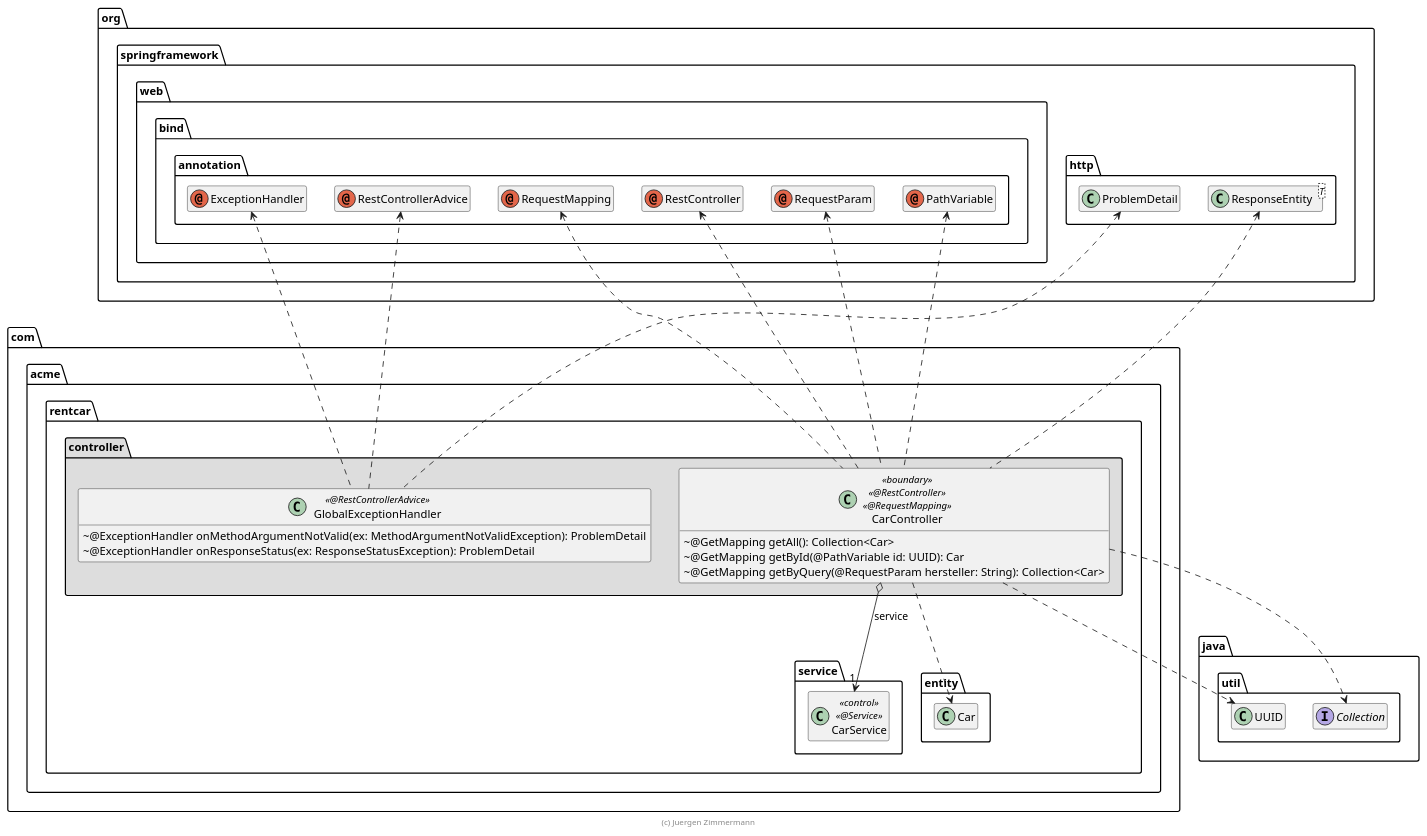
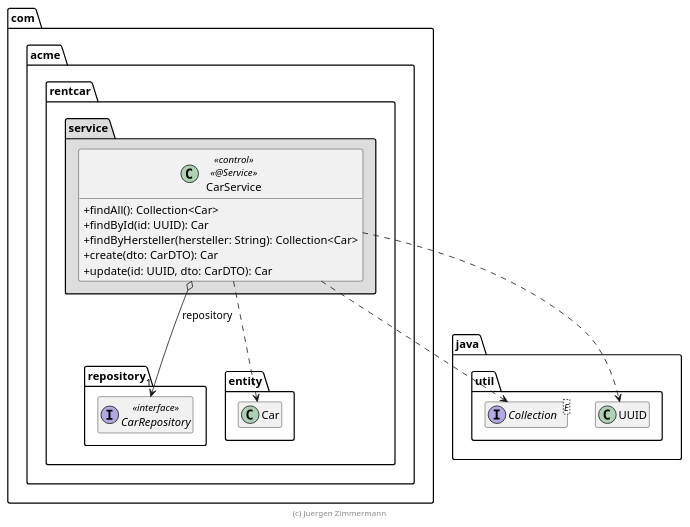
Before and after one commit to lfsrrr/rentcar: the diagram in extras/doc/CarController.plantuml, drawn with PlantUML. The commit also changed other lines of this file and 11 other files, not shown here.

```diff
--- a/extras/doc/CarController.plantuml
+++ b/extras/doc/CarController.plantuml
@@ -15,75 +2,39 @@
-@startuml CarController
+@startuml CarService
 
 skinparam classAttributeIconSize 0
 
-package org.springframework {
-    package web.bind.annotation {
-        annotation RestController
-        annotation RequestMapping
-        annotation PathVariable
-        annotation RequestParam
-        annotation ExceptionHandler
-        annotation RestControllerAdvice
-    }
-
-    package http {
-        class ResponseEntity<T>
-        class ProblemDetail
-    }
-}
-
 package java.util {
-    interface Collection
+    interface Collection<E>
     class UUID
 }
 
 package com.acme.rentcar {
+    package repository {
+        interface CarRepository << interface >>
+    }
+
+    package service #DDDDDD {
+        class CarService << control >> << @Service >> {
+            + findAll(): Collection<Car>
+            + findById(id: UUID): Car
+            + findByHersteller(hersteller: String): Collection<Car>
+            + create(dto: CarDTO): Car
+            + update(id: UUID, dto: CarDTO): Car
+        }
+    }
+
     package entity {
         class Car
     }
-    package service {
-        class CarService << control >> << @Service >>
 
-        ' Abhängigkeit vom Service zur Entity (nur visuell)
-        CarService .right[hidden].> Car
-    }
-
-    package controller #DDDDDD {
-        class CarController << boundary >> << @RestController >> << @RequestMapping >> {
-            ~ @GetMapping getAll(): Collection<Car>
-            ~ @GetMapping getById(@PathVariable id: UUID): Car
-            ~ @GetMapping getByQuery(@RequestParam hersteller: String): Collection<Car>
-        }
-
-        class GlobalExceptionHandler << @RestControllerAdvice >> {
-            ~ @ExceptionHandler onMethodArgumentNotValid(ex: MethodArgumentNotValidException): ProblemDetail
-            ~ @ExceptionHandler onResponseStatus(ex: ResponseStatusException): ProblemDetail
-        }
-
-        ' Beziehungen
-        CarController o--> "1" CarService : service
-
-        ' Abhängigkeiten (Stereotypes/Annotationen)
-        CarController .up.> RestController
-        CarController .up.> RequestMapping
-        CarController .up.> PathVariable
-        CarController .up.> RequestParam
-        CarController .up.> ResponseEntity
-
-        ' Abhängigkeiten zu Datentypen
-        CarController .down.> Car
-        CarController .right.> UUID
-        CarController ..> Collection
-
-        ' Exception Handler Abhängigkeiten
-        GlobalExceptionHandler .up.> RestControllerAdvice
-        GlobalExceptionHandler .up.> ExceptionHandler
-        GlobalExceptionHandler .up.> ProblemDetail
-    }
+    CarService o--> "1" CarRepository : repository
+    CarService .down.> Car
+    CarService .down.> UUID
+    CarService ..> Collection
 }
 
 hide empty members
 
 footer (c) Juergen Zimmermann
 
 @enduml
```
